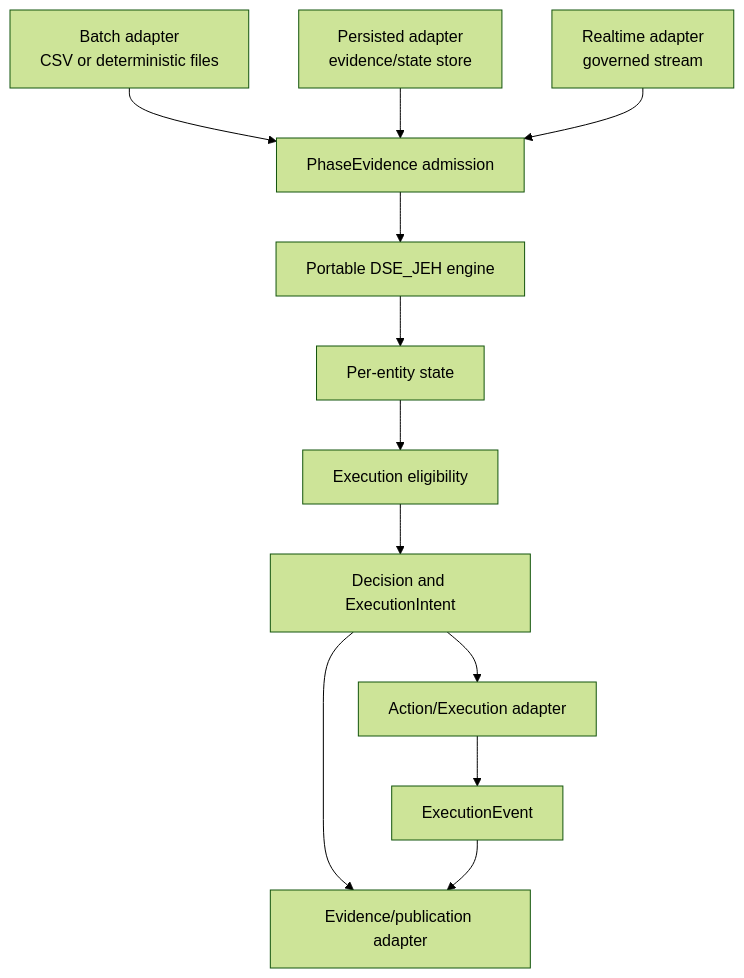
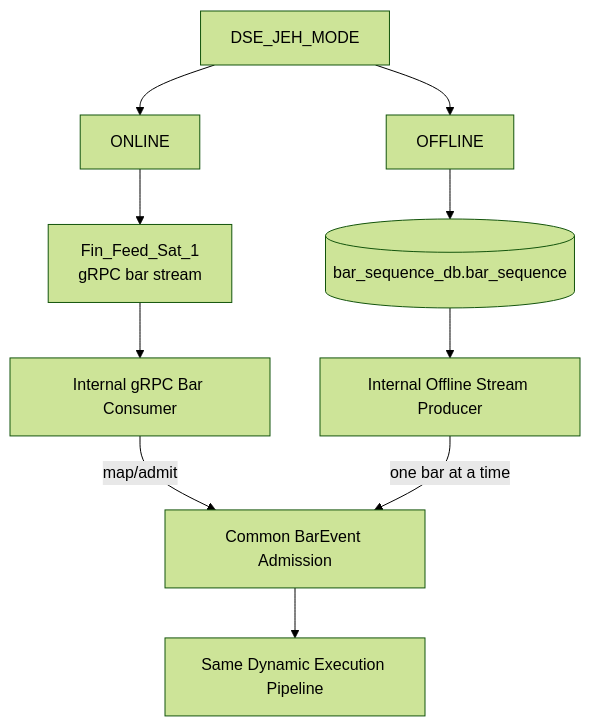
Before and after one commit to srao977/tramuthus: the eighth of 10 diagrams in DSE_JEH/docs/DSE_JEH_TRANS_SAT_1_SYSTEM_DESIGN_V0_1_091226.md, drawn with Mermaid (forest theme). The commit also changed other lines of this file and 1 other file, not shown here.

Commit message:
DSE_JEH design and implementation docs completed

````diff
--- a/DSE_JEH/docs/DSE_JEH_TRANS_SAT_1_SYSTEM_DESIGN_V0_1_091226.md
+++ b/DSE_JEH/docs/DSE_JEH_TRANS_SAT_1_SYSTEM_DESIGN_V0_1_091226.md
@@ -305,20 +398,15 @@
 ```mermaid
 flowchart TD
-  B[Batch adapter<br/>CSV or deterministic files]
-  P[Persisted adapter<br/>evidence/state store]
-  R[Realtime adapter<br/>governed stream]
-  PE[PhaseEvidence admission]
-  CORE[Portable DSE_JEH engine]
-  ES[Per-entity state]
-  EL[Execution eligibility]
-  DI[Decision and ExecutionIntent]
-  OUT[Evidence/publication adapter]
-  AX[Action/Execution adapter]
-  EE[ExecutionEvent]
-  B --> PE
-  P --> PE
-  R --> PE
-  PE --> CORE --> ES --> EL --> DI
-  DI --> OUT
-  DI --> AX --> EE --> OUT
+  MODE[DSE_JEH_MODE]
+  ONLINE[ONLINE]
+  OFFLINE[OFFLINE]
+  FIN[Fin_Feed_Sat_1<br/>gRPC bar stream]
+  CON[Internal gRPC Bar Consumer]
+  DB[(bar_sequence_db.bar_sequence)]
+  PROD[Internal Offline Stream Producer]
+  BAR[Common BarEvent Admission]
+  DEP[Same Dynamic Execution Pipeline]
+  MODE --> ONLINE --> FIN --> CON -->|map/admit| BAR
+  MODE --> OFFLINE --> DB --> PROD -->|one bar at a time| BAR
+  BAR --> DEP
 ```
````
